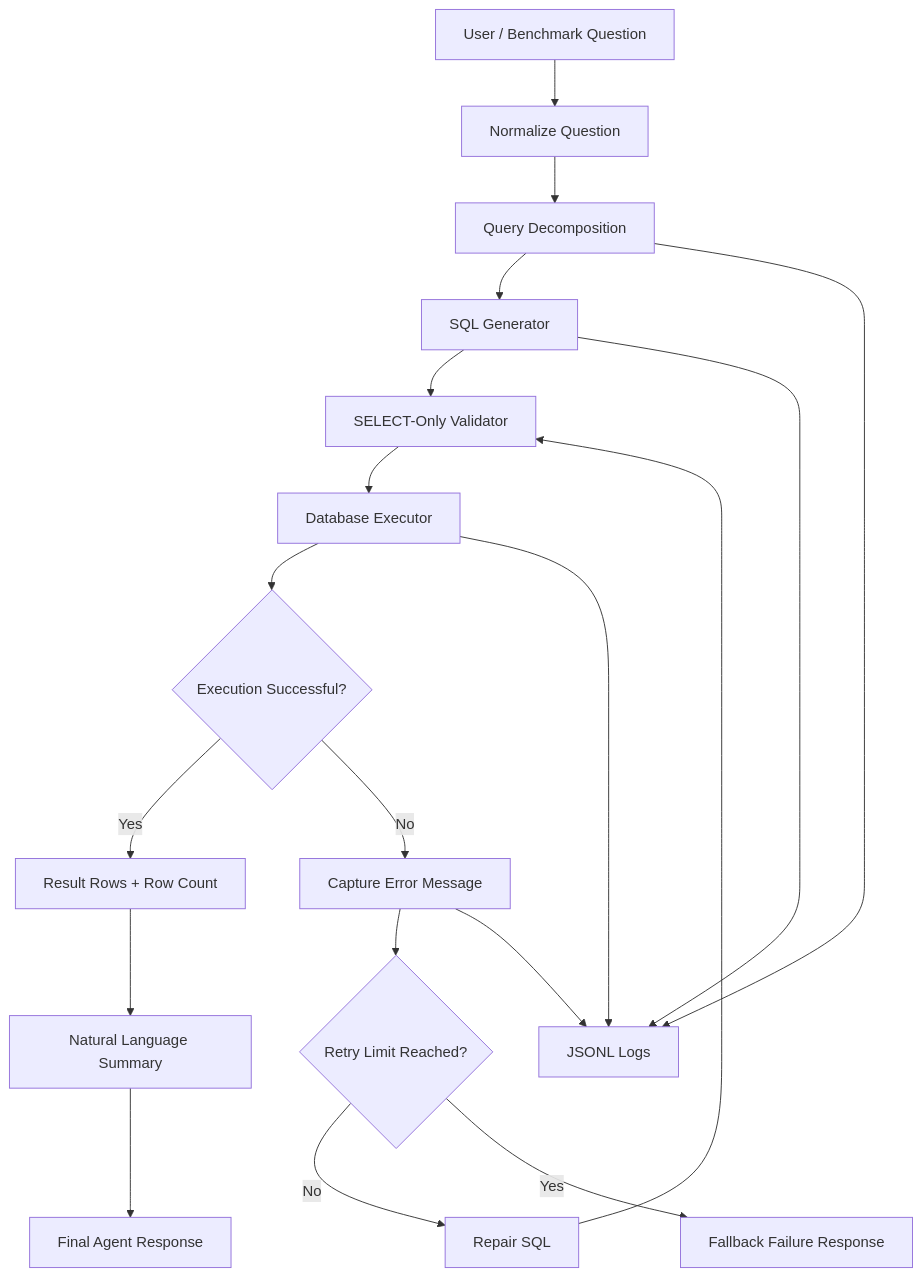
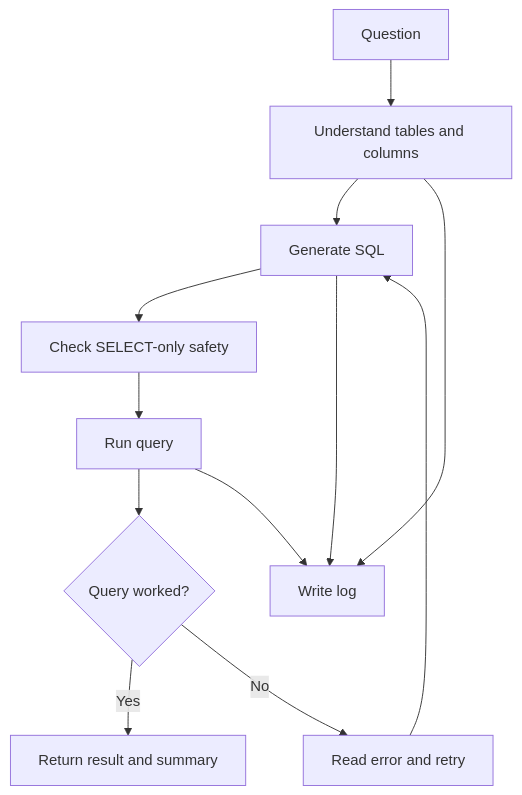
One commit to chandan11248/Ai-fellowship changed the diagram in week-3/README.md. Above: the diagram before and after it, drawn with Mermaid. The commit also changed other lines of this file and 7 other files, not shown here.

````diff
--- a/week-3/README.md
+++ b/week-3/README.md
@@ -45,21 +19,14 @@
 ```mermaid
 flowchart TD
-    A["User / Benchmark Question"] --> B["Normalize Question"]
-    B --> C["Query Decomposition"]
-    C --> D["SQL Generator"]
-    D --> E["SELECT-Only Validator"]
-    E --> F["Database Executor"]
-    F --> G{"Execution Successful?"}
-    G -- "Yes" --> H["Result Rows + Row Count"]
-    H --> I["Natural Language Summary"]
-    I --> J["Final Agent Response"]
-    G -- "No" --> K["Capture Error Message"]
-    K --> L{"Retry Limit Reached?"}
-    L -- "No" --> M["Repair SQL"]
-    M --> E
-    L -- "Yes" --> N["Fallback Failure Response"]
-    C --> O["JSONL Logs"]
-    D --> O
-    F --> O
-    K --> O
+    A["Question"] --> B["Understand tables and columns"]
+    B --> C["Generate SQL"]
+    C --> D["Check SELECT-only safety"]
+    D --> E["Run query"]
+    E --> F{"Query worked?"}
+    F -- "Yes" --> G["Return result and summary"]
+    F -- "No" --> H["Read error and retry"]
+    H --> C
+    B --> I["Write log"]
+    C --> I
+    E --> I
 ```
````
